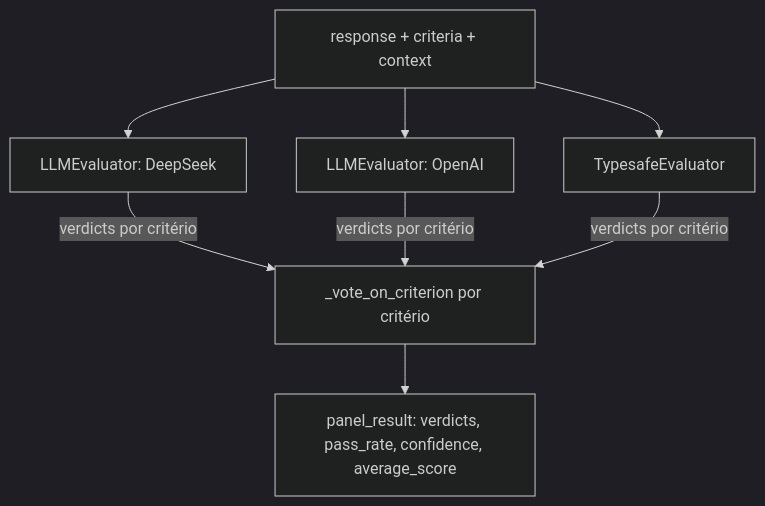
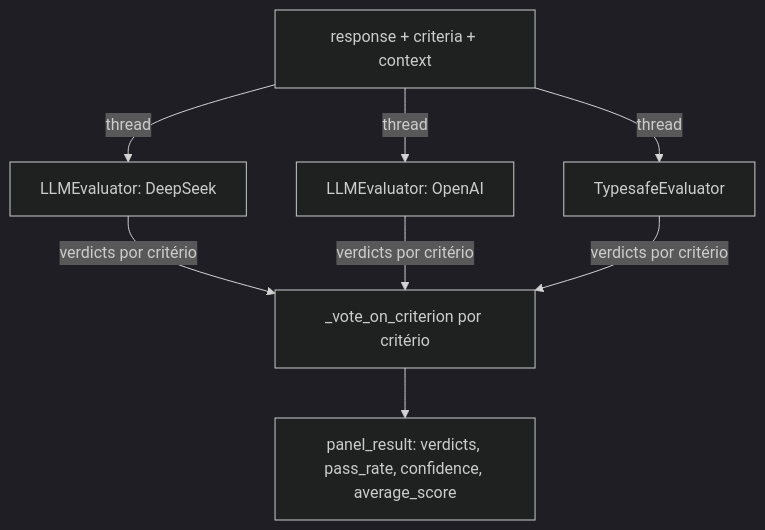
One commit to thaisviana-ifood/adapteval-agent2 changed the diagram in doc/jury.md. Above: the diagram before and after it, drawn with Mermaid (dark theme). The commit also changed other lines of this file and 8 other files, not shown here.

First line of the commit message:
Refactor jury evaluation system to support multi-juror architecture

````diff
--- a/doc/jury.md
+++ b/doc/jury.md
@@ -100,10 +125,10 @@
 ```mermaid
 flowchart TD
-    R[response + criteria + context] --> D[LLMEvaluator: DeepSeek]
-    R --> O[LLMEvaluator: OpenAI]
-    R --> T[TypesafeEvaluator]
+    R[response + criteria + context] -->|thread| D[LLMEvaluator: DeepSeek]
+    R -->|thread| O[LLMEvaluator: OpenAI]
+    R -->|thread| T[TypesafeEvaluator]
     D -->|verdicts por critério| V[_vote_on_criterion por critério]
     O -->|verdicts por critério| V
     T -->|verdicts por critério| V
     V --> P[panel_result: verdicts, pass_rate, confidence, average_score]
 ```
````
